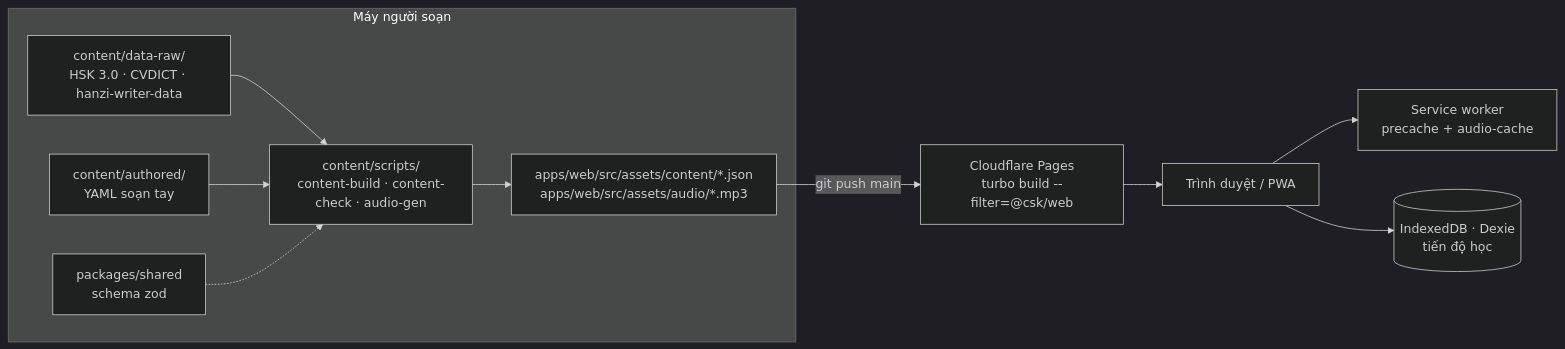
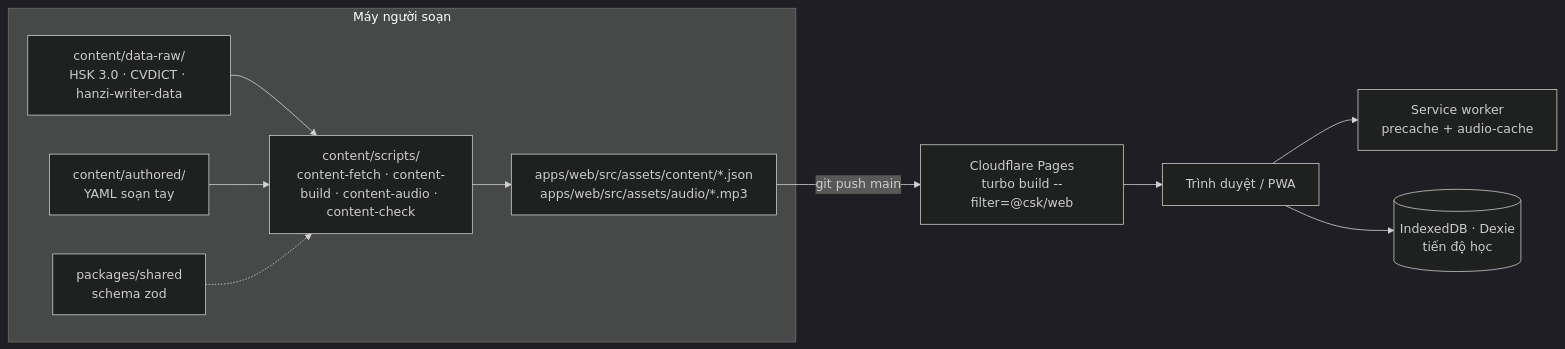
One commit to st-trangnguyen/tranie-chinese-starter-kit changed the diagram in docs/03-architecture.md. Above: the diagram before and after it, drawn with Mermaid (dark theme). The commit also changed other lines of this file and 559 other files, not shown here.

````diff
--- a/docs/03-architecture.md
+++ b/docs/03-architecture.md
@@ -14,13 +14,13 @@
 ```mermaid
 flowchart LR
   subgraph Máy người soạn
-    R[content/data-raw/<br/>HSK 3.0 · CVDICT · hanzi-writer-data] --> P[content/scripts/<br/>content-build · content-check · audio-gen]
+    R[content/data-raw/<br/>HSK 3.0 · CVDICT · hanzi-writer-data] --> P[content/scripts/<br/>content-fetch · content-build · content-audio · content-check]
     C[content/authored/<br/>YAML soạn tay] --> P
     S[packages/shared<br/>schema zod] -.-> P
     P --> O[apps/web/src/assets/content/*.json<br/>apps/web/src/assets/audio/*.mp3]
   end
   O -->|git push main| CF[Cloudflare Pages<br/>turbo build --filter=@csk/web]
   CF --> B[Trình duyệt / PWA]
   B --> SW[Service worker<br/>precache + audio-cache]
   B --> DB[(IndexedDB · Dexie<br/>tiến độ học)]
 ```
````
